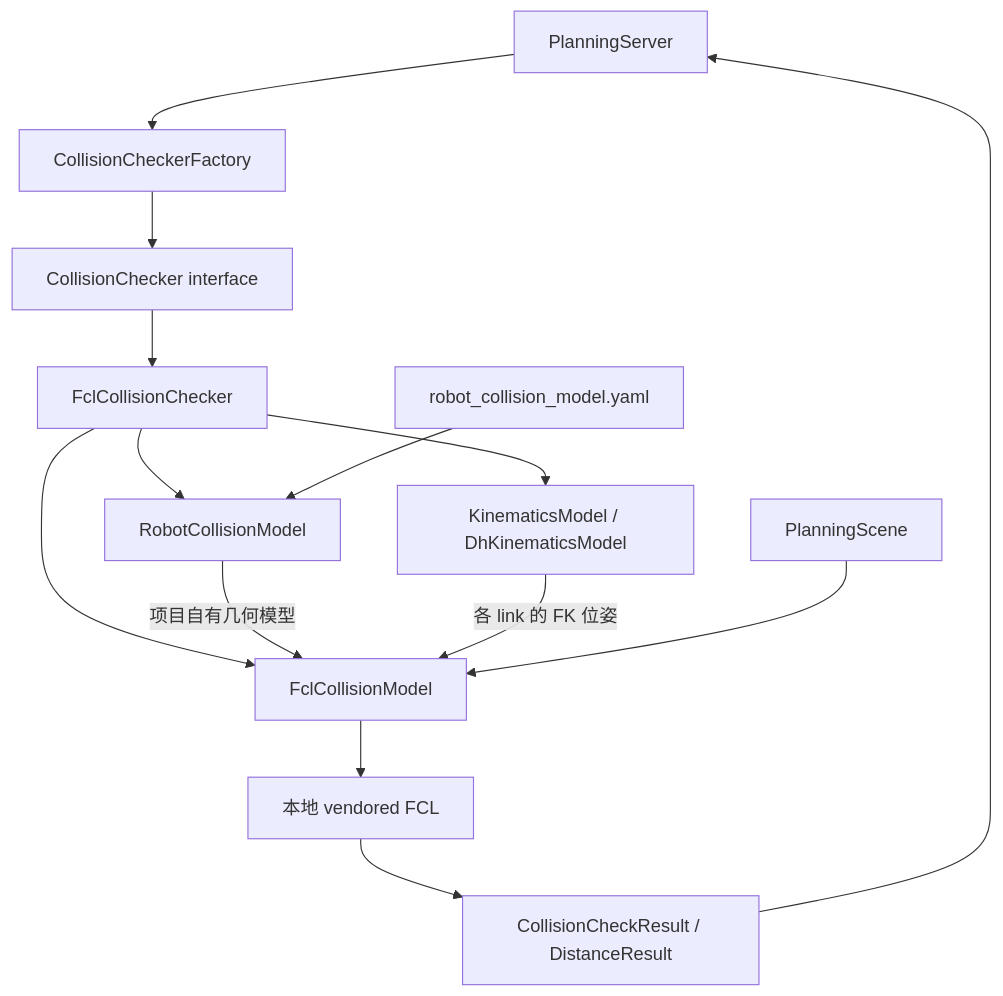
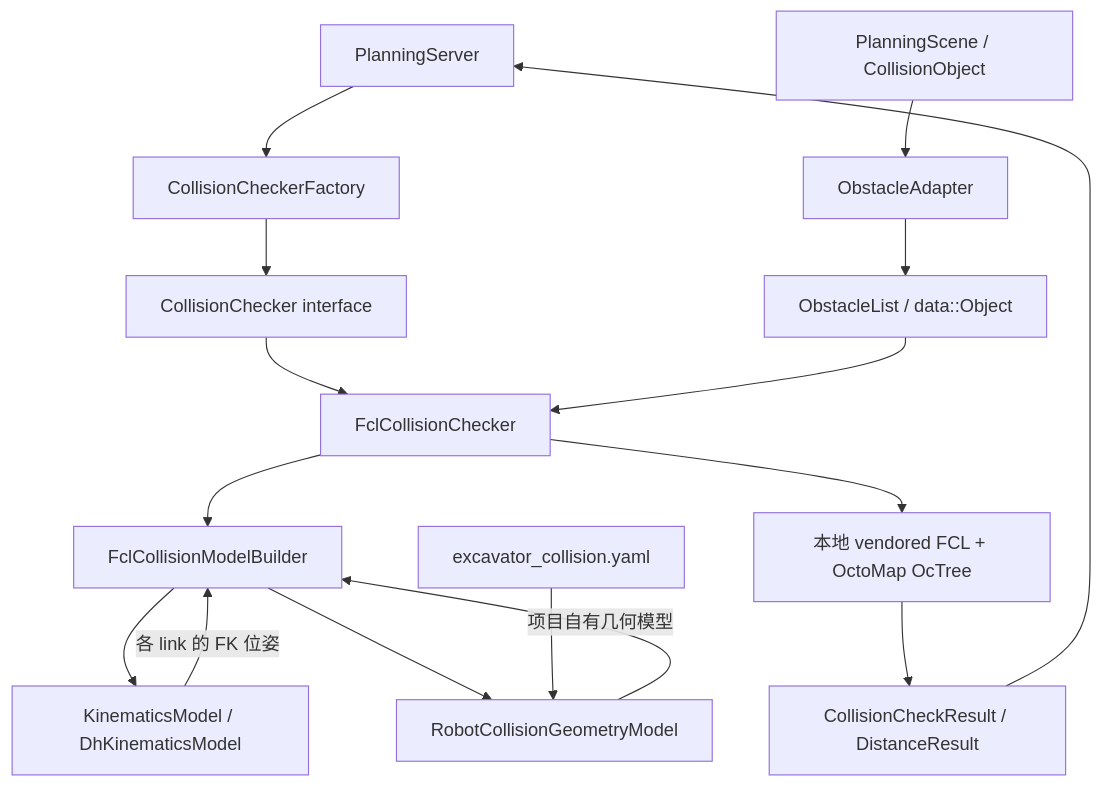
The first of 4 diagrams in docs/collision_detection_design.md (Polaris-zhj/excavator_motion_planning), drawn with Mermaid before and after one commit. The commit also changed other lines of this file and 557 other files, not shown here.

````diff
--- a/docs/collision_detection_design.md
+++ b/docs/collision_detection_design.md
@@ -28,16 +30,18 @@
 ```mermaid
 flowchart TD
     PS[PlanningServer] --> Factory[CollisionCheckerFactory]
     Factory --> CI[CollisionChecker interface]
-    CI --> Impl[FclCollisionChecker]
-    Impl --> KM[KinematicsModel / DhKinematicsModel]
-    Impl --> RCM[RobotCollisionModel]
-    Impl --> FCM[FclCollisionModel]
-    YAML[robot_collision_model.yaml] --> RCM
-    RCM -->|项目自有几何模型| FCM
-    KM -->|各 link 的 FK 位姿| FCM
-    Scene[PlanningScene] --> FCM
-    FCM --> FCL[本地 vendored FCL]
+    CI --> C[FclCollisionChecker]
+    C --> A[FclCollisionModelBuilder]
+    A --> KM[KinematicsModel / DhKinematicsModel]
+    A --> RCM[RobotCollisionGeometryModel]
+    YAML[excavator_collision.yaml] --> RCM
+    RCM -->|项目自有几何模型| A
+    KM -->|各 link 的 FK 位姿| A
+    Msg[PlanningScene / CollisionObject] --> Adapter[ObstacleAdapter]
+    Adapter --> Scene[ObstacleList / data::Object]
+    Scene --> C
+    C --> FCL[本地 vendored FCL + OctoMap OcTree]
     FCL --> Result[CollisionCheckResult / DistanceResult]
     Result --> PS
 ```
````
